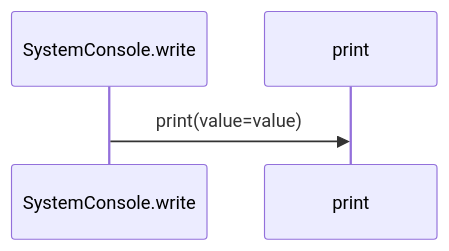
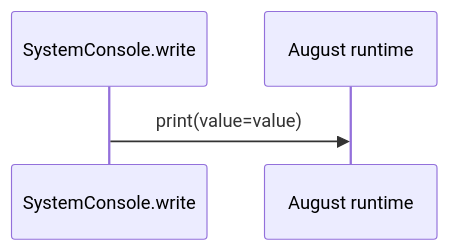
Before and after one commit to GreenPandaStudios/augscript: the fourth of 7 diagrams in docs/examples/approved-design/dependencies/august/0.23.0/io/contracts-diagrams.md, drawn with Mermaid. The commit also changed other lines of this file and 304 other files, not shown here.

Commit message:
Make generated data-flow sequences concise and review every diagram

````diff
--- a/docs/examples/approved-design/dependencies/august/0.23.0/io/contracts-diagrams.md
+++ b/docs/examples/approved-design/dependencies/august/0.23.0/io/contracts-diagrams.md
@@ -60,6 +75,6 @@
 ```mermaid
 sequenceDiagram
     participant p0 as SystemConsole.write
-    participant p1 as print
+    participant p1 as August runtime
     p0->>p1: print(value=value)
 ```
````
